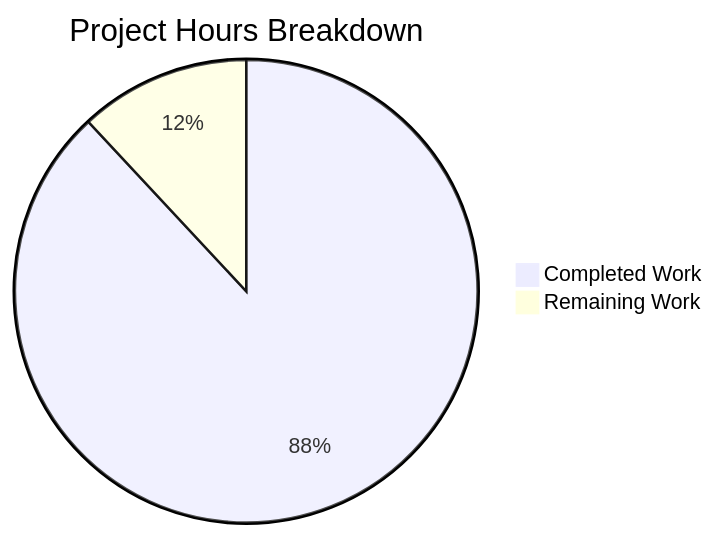
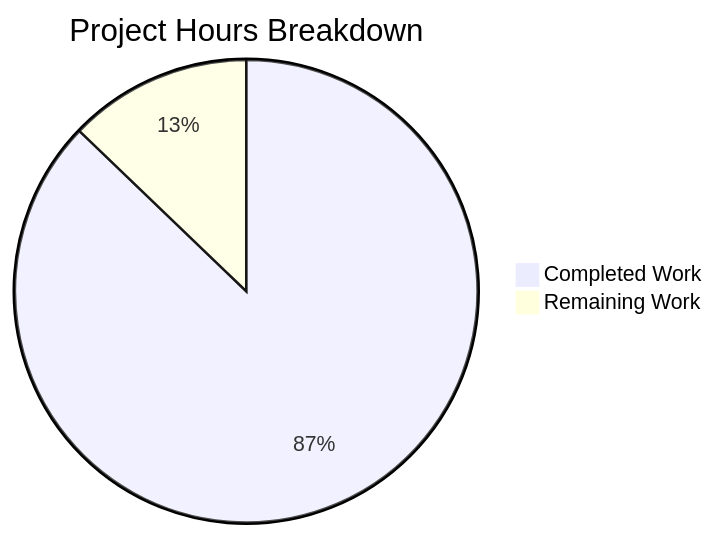
One commit to blitzy-public-samples/blitzy-WebVella-ERP changed the diagram in blitzy/documentation/Project Guide.md. Above: the diagram before and after it, drawn with Mermaid. The commit also changed other lines of this file, not shown here.

Commit message:
Adding Blitzy Project Guide: Project Status and Human Tasks Remaining

````diff
--- a/blitzy/documentation/Project Guide.md
+++ b/blitzy/documentation/Project Guide.md
@@ -27,5 +100,5 @@
 ```mermaid
 pie title Project Hours Breakdown
-    "Completed Work" : 236
-    "Remaining Work" : 32
+    "Completed Work" : 272
+    "Remaining Work" : 40
 ```
````
